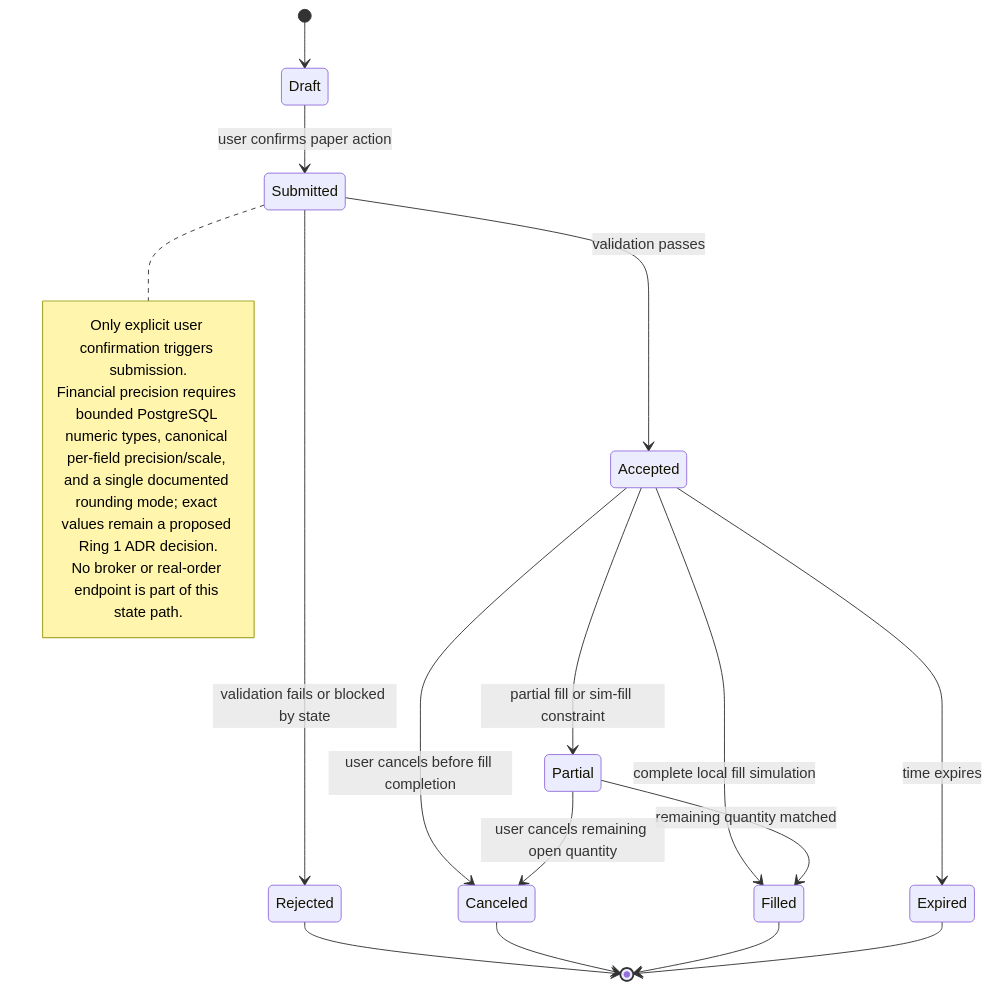
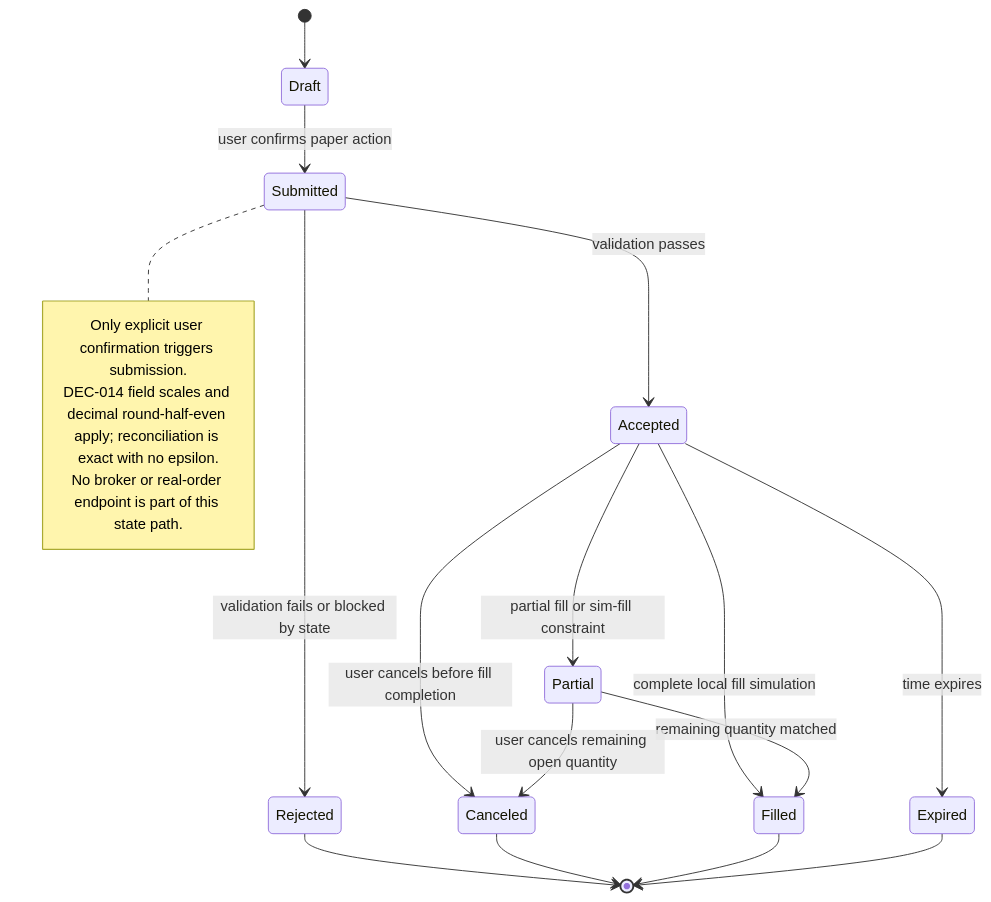
One commit to garycr/etf-analyzer changed the diagram in docs/Architecture/proposed-paper-order-state.md. Above: the diagram before and after it, drawn with Mermaid. The commit also changed other lines of this file and 19 other files, not shown here.

Commit message:
docs: accept ledger security architecture

````diff
--- a/docs/Architecture/proposed-paper-order-state.md
+++ b/docs/Architecture/proposed-paper-order-state.md
@@ -12,23 +12,23 @@
 ```mermaid
 stateDiagram-v2
     [*] --> Draft
     Draft --> Submitted: user confirms paper action
     Submitted --> Accepted: validation passes
     Submitted --> Rejected: validation fails or blocked by state
     Accepted --> Partial: partial fill or sim-fill constraint
     Accepted --> Filled: complete local fill simulation
     Accepted --> Canceled: user cancels before fill completion
     Accepted --> Expired: time expires
     Partial --> Filled: remaining quantity matched
     Partial --> Canceled: user cancels remaining open quantity
     Rejected --> [*]
     Canceled --> [*]
     Filled --> [*]
     Expired --> [*]
 
     note right of Submitted
         Only explicit user confirmation triggers submission.
-        Financial precision requires bounded PostgreSQL numeric types, canonical per-field precision/scale, and a single documented rounding mode; exact values remain a proposed Ring 1 ADR decision.
+        DEC-014 field scales and decimal round-half-even apply; reconciliation is exact with no epsilon.
         No broker or real-order endpoint is part of this state path.
     end note
 ```
````
